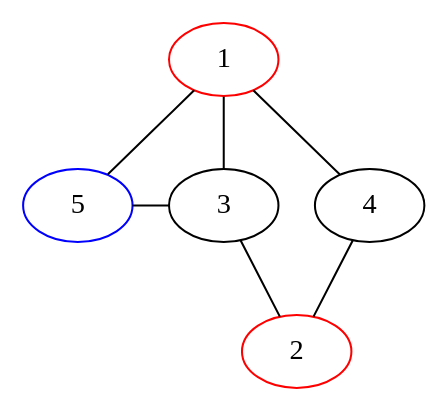
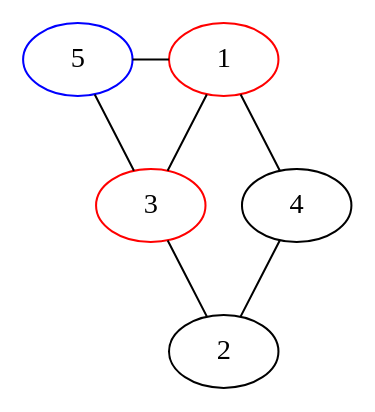
The diagram in sprouts/1121.dot (bilboquet/gamelib), drawn with Graphviz before and after one commit. The commit also changed 6 other files, not shown here.

```diff
--- a/sprouts/1121.dot
+++ b/sprouts/1121.dot
@@ -1,18 +1,19 @@
 graph {
-  1 -- 5 -- 3;
-  1 -- 3 -- 2;
+  5 -- 1;
+  5 -- 3;
+  1 -- 3 [weight=2];
+  3 -- 2;
   1 -- 4 -- 2;
 
   {
     rank="same";
+    1;
     5;
-    3;
-    4;
 
   }
 
   1 [color="red"];
-  2 [color="red"];
+  3 [color="red"];
   5 [color="blue"];
 
 }
```
